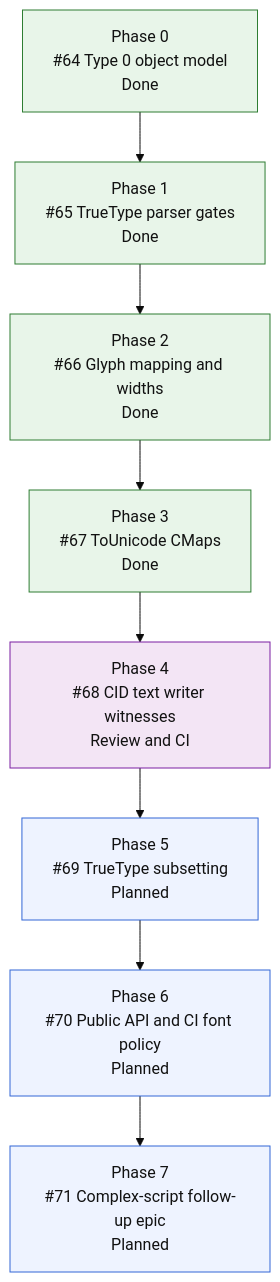
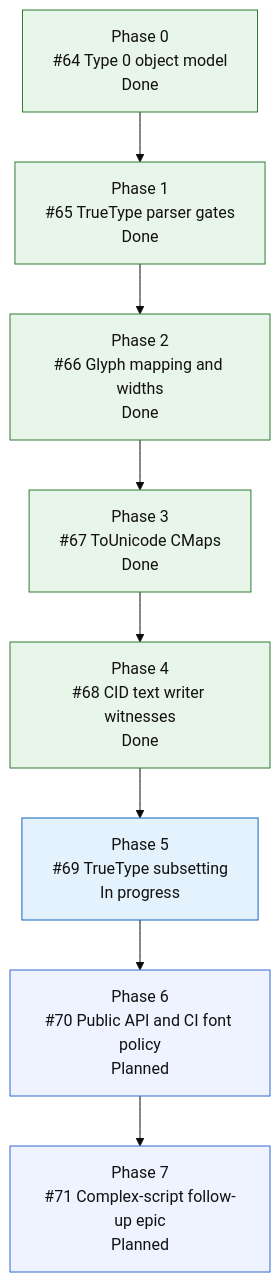
One commit to mihaelamj/MarkdownPDF changed the third of 3 diagrams in README.md. Above: the diagram before and after it, drawn with Mermaid (base theme).

Commit message:
docs(readme): advance subsetting roadmap

````diff
--- a/README.md
+++ b/README.md
@@ -243,22 +243,22 @@
 ```mermaid
 flowchart TD
     E0["Phase 0<br/>#64 Type 0 object model<br/>Done"]
     E1["Phase 1<br/>#65 TrueType parser gates<br/>Done"]
     E2["Phase 2<br/>#66 Glyph mapping and widths<br/>Done"]
     E3["Phase 3<br/>#67 ToUnicode CMaps<br/>Done"]
-    E4["Phase 4<br/>#68 CID text writer witnesses<br/>Review and CI"]
-    E5["Phase 5<br/>#69 TrueType subsetting<br/>Planned"]
+    E4["Phase 4<br/>#68 CID text writer witnesses<br/>Done"]
+    E5["Phase 5<br/>#69 TrueType subsetting<br/>In progress"]
     E6["Phase 6<br/>#70 Public API and CI font policy<br/>Planned"]
     E7["Phase 7<br/>#71 Complex-script follow-up epic<br/>Planned"]
 
     E0 --> E1 --> E2 --> E3 --> E4 --> E5 --> E6 --> E7
 
     classDef done fill:#e8f5e9,stroke:#2e7d32,color:#111;
     classDef active fill:#e3f2fd,stroke:#1565c0,color:#111;
     classDef review fill:#f3e5f5,stroke:#7b1fa2,color:#111;
     classDef next fill:#fff8e1,stroke:#f9a825,color:#111;
     classDef todo fill:#eef3ff,stroke:#3367d6,color:#111;
-    class E0,E1,E2,E3 done;
-    class E4 review;
-    class E5,E6,E7 todo;
+    class E0,E1,E2,E3,E4 done;
+    class E5 active;
+    class E6,E7 todo;
 ```
````
